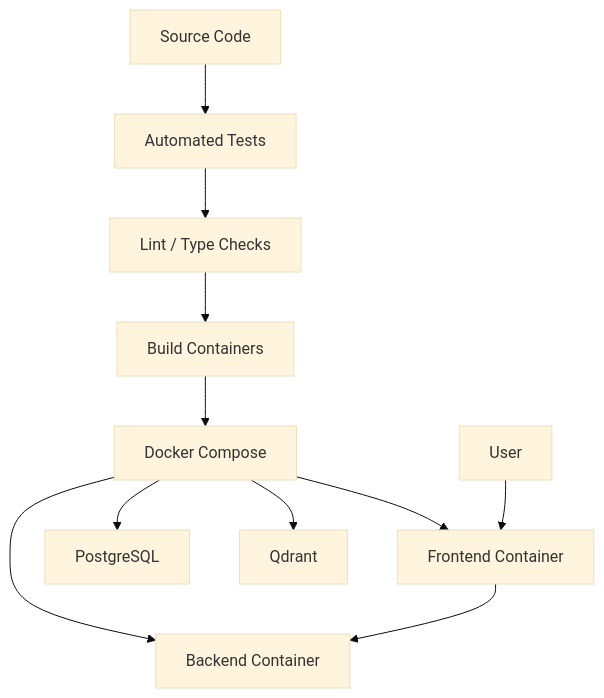
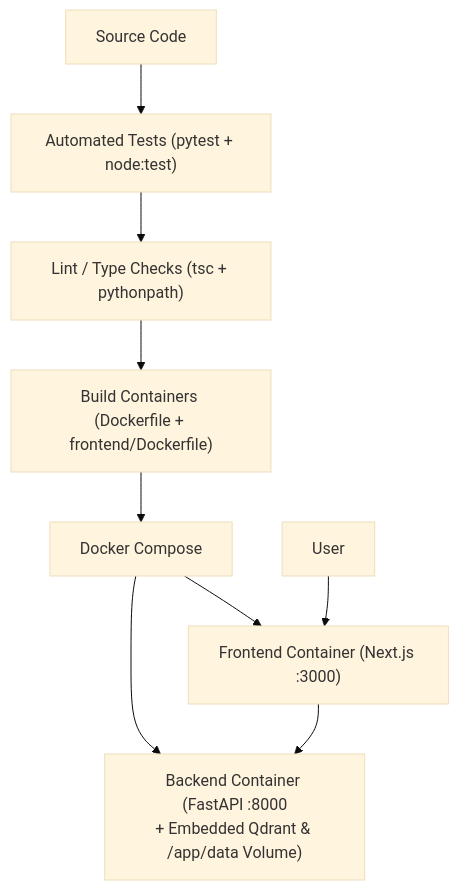
Before and after one commit to Tech-Siddhant/doculens-ai: diagram 29 of 36 in docs/workflows.md, drawn with Mermaid (base theme). The commit also changed 3 other files, not shown here.

Commit message:
docs: finalize architecture consistency and deployment config

````diff
--- a/docs/workflows.md
+++ b/docs/workflows.md
@@ -1182,37 +1182,31 @@
 ```mermaid
 flowchart TD
 
     CODE["Source Code"]
 
-    TEST["Automated Tests"]
+    TEST["Automated Tests (pytest + node:test)"]
 
-    LINT["Lint / Type Checks"]
+    LINT["Lint / Type Checks (tsc + pythonpath)"]
 
-    BUILD["Build Containers"]
+    BUILD["Build Containers (Dockerfile + frontend/Dockerfile)"]
 
     COMPOSE["Docker Compose"]
 
-    FRONTEND["Frontend Container"]
+    FRONTEND["Frontend Container (Next.js :3000)"]
 
-    BACKEND["Backend Container"]
-
-    POSTGRES["PostgreSQL"]
-
-    QDRANT["Qdrant"]
+    BACKEND["Backend Container (FastAPI :8000\n+ Embedded Qdrant & /app/data Volume)"]
 
     USER["User"]
 
     CODE --> TEST
     TEST --> LINT
     LINT --> BUILD
 
     BUILD --> COMPOSE
 
     COMPOSE --> FRONTEND
     COMPOSE --> BACKEND
-    COMPOSE --> POSTGRES
-    COMPOSE --> QDRANT
 
     USER --> FRONTEND
     FRONTEND --> BACKEND
 ```
````
